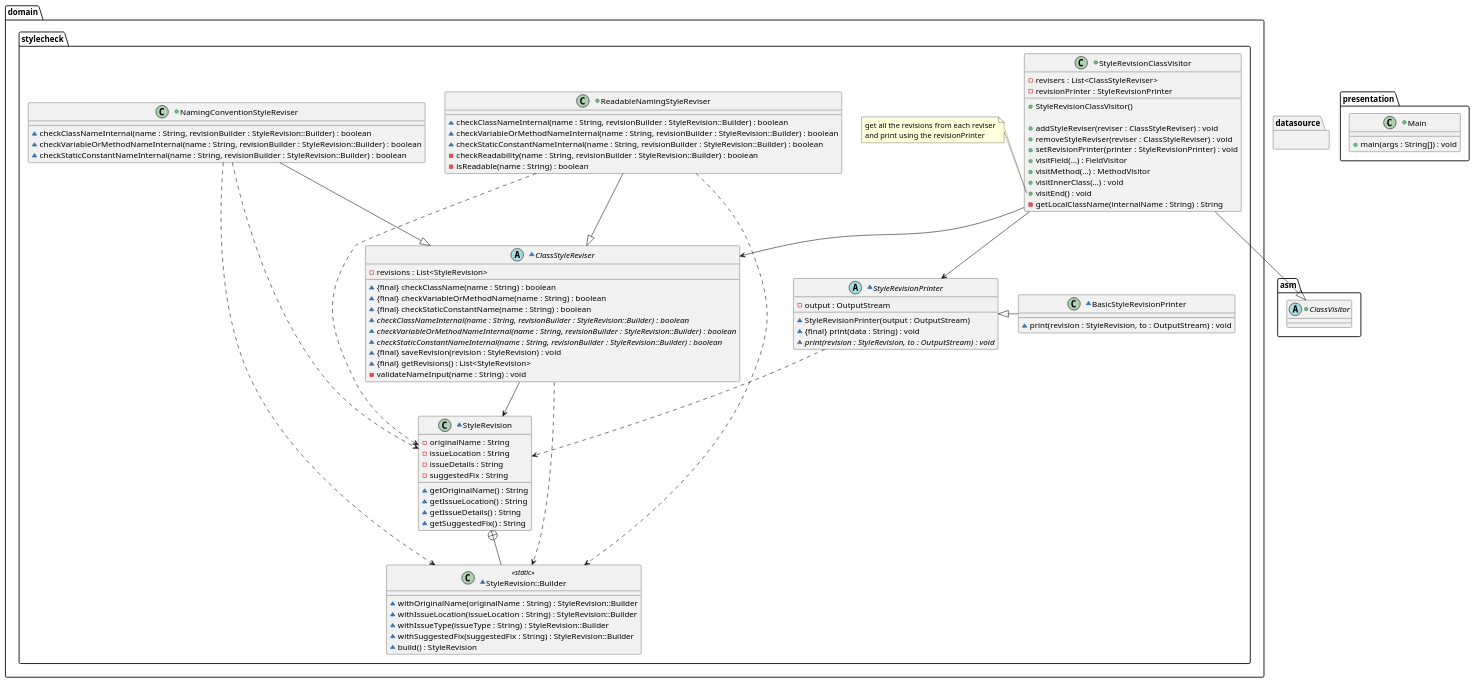
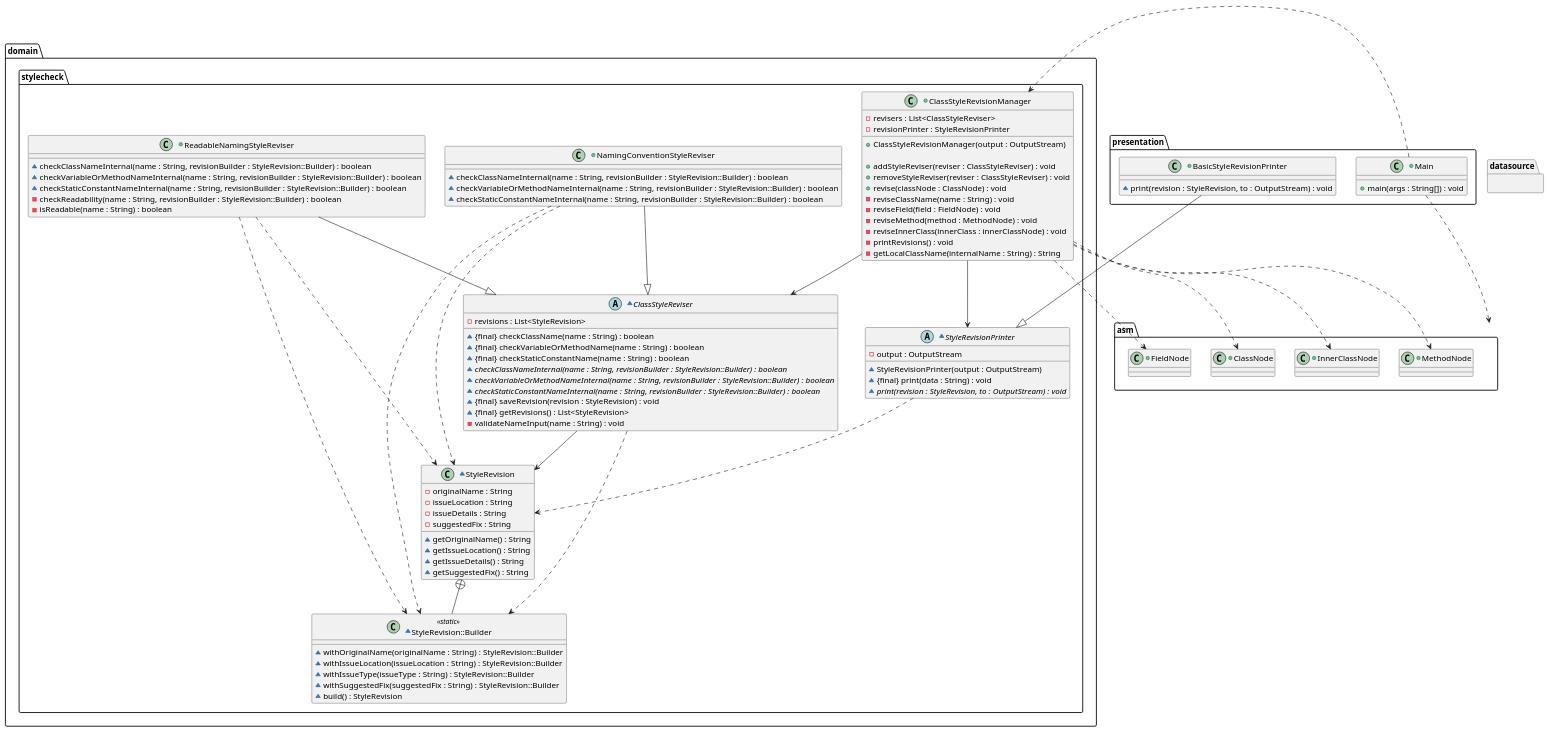
Before and after one commit to nu-cs-sw-design/project-20252601-xk-final: the diagram in docs/design/design.puml, drawn with PlantUML. The commit also changed 1 other file, not shown here.

Commit message:
Switched to using asm tree API for stylecheck, made method visiting functionality work Fixed and updated design diagram

```diff
--- a/docs/design/design.puml
+++ b/docs/design/design.puml
@@ -1,130 +1,145 @@
 @startuml
 package presentation
 {
     +class Main
     {
         +main(args : String[]) : void
     }
+
+    +class BasicStyleRevisionPrinter
+    {
+        ~print(revision : StyleRevision, to : OutputStream) : void
+    }
 }
 
 package domain
 {
     package stylecheck
     {
-        +class StyleRevisionClassVisitor
+        +class ClassStyleRevisionManager
         {
             -revisers : List<ClassStyleReviser>
             -revisionPrinter : StyleRevisionPrinter
 
-            +StyleRevisionClassVisitor()
+            +ClassStyleRevisionManager(output : OutputStream)
 
             +addStyleReviser(reviser : ClassStyleReviser) : void
             +removeStyleReviser(reviser : ClassStyleReviser) : void
-            +setRevisionPrinter(printer : StyleRevisionPrinter) : void
-            +visitField(…) : FieldVisitor
-            +visitMethod(…) : MethodVisitor
-            +visitInnerClass(…) : void
-            +visitEnd() : void
+            +revise(classNode : ClassNode) : void
+            -reviseClassName(name : String) : void
+            -reviseField(field : FieldNode) : void
+            -reviseMethod(method : MethodNode) : void
+            -reviseInnerClass(innerClass : innerClassNode) : void
+            -printRevisions() : void
             -getLocalClassName(internalName : String) : String
         }
-        note left of StyleRevisionClassVisitor::visitEnd
-          get all the revisions from each reviser
-          and print using the revisionPrinter
-        end note
 
         ~abstract class ClassStyleReviser
         {
             -revisions : List<StyleRevision>
 
             ~{final} checkClassName(name : String) : boolean
             ~{final} checkVariableOrMethodName(name : String) : boolean
             ~{final} checkStaticConstantName(name : String) : boolean
             ~{abstract} checkClassNameInternal(name : String, revisionBuilder : StyleRevision::Builder) : boolean
             ~{abstract} checkVariableOrMethodNameInternal(name : String, revisionBuilder : StyleRevision::Builder) : boolean
             ~{abstract} checkStaticConstantNameInternal(name : String, revisionBuilder : StyleRevision::Builder) : boolean
             ~{final} saveRevision(revision : StyleRevision) : void
             ~{final} getRevisions() : List<StyleRevision>
             -validateNameInput(name : String) : void
         }
 
         +class NamingConventionStyleReviser
         {
             ~checkClassNameInternal(name : String, revisionBuilder : StyleRevision::Builder) : boolean
             ~checkVariableOrMethodNameInternal(name : String, revisionBuilder : StyleRevision::Builder) : boolean
             ~checkStaticConstantNameInternal(name : String, revisionBuilder : StyleRevision::Builder) : boolean
         }
 
         +class ReadableNamingStyleReviser
         {
             ~checkClassNameInternal(name : String, revisionBuilder : StyleRevision::Builder) : boolean
             ~checkVariableOrMethodNameInternal(name : String, revisionBuilder : StyleRevision::Builder) : boolean
             ~checkStaticConstantNameInternal(name : String, revisionBuilder : StyleRevision::Builder) : boolean
             -checkReadability(name : String, revisionBuilder : StyleRevision::Builder) : boolean
             -isReadable(name : String) : boolean
         }
 
         ~class StyleRevision
         {
             -originalName : String
             -issueLocation : String
             -issueDetails : String
             -suggestedFix : String
 
             ~getOriginalName() : String
             ~getIssueLocation() : String
             ~getIssueDetails() : String
             ~getSuggestedFix() : String
         }
 
         ~class StyleRevision::Builder <<static>>
         {
             ~withOriginalName(originalName : String) : StyleRevision::Builder
             ~withIssueLocation(issueLocation : String) : StyleRevision::Builder
             ~withIssueType(issueType : String) : StyleRevision::Builder
             ~withSuggestedFix(suggestedFix : String) : StyleRevision::Builder
             ~build() : StyleRevision
         }
 
         ~abstract class StyleRevisionPrinter
         {
             -output : OutputStream
 
             ~StyleRevisionPrinter(output : OutputStream)
             ~{final} print(data : String) : void
             ~{abstract} print(revision : StyleRevision, to : OutputStream) : void
         }
-
-        ~class BasicStyleRevisionPrinter
-        {
-            ~print(revision : StyleRevision, to : OutputStream) : void
-        }
     }
 }
 
 package datasource
 {
 
 }
 
 package asm
 {
-    +abstract class ClassVisitor
+    +class ClassNode
+    {
+    }
+
+    +class FieldNode
+    {
+    }
+
+    +class MethodNode
+    {
+    }
+
+    +class InnerClassNode
     {
     }
 }
 
-StyleRevisionClassVisitor --|> ClassVisitor
-StyleRevisionClassVisitor --> ClassStyleReviser
-StyleRevisionClassVisitor --> StyleRevisionPrinter
+Main ..> ClassStyleRevisionManager
+Main ..> asm
+
+ClassStyleRevisionManager --> ClassStyleReviser
+ClassStyleRevisionManager --> StyleRevisionPrinter
+ClassStyleRevisionManager ..> ClassNode
+ClassStyleRevisionManager ..> FieldNode
+ClassStyleRevisionManager ..> MethodNode
+ClassStyleRevisionManager ..> InnerClassNode
 NamingConventionStyleReviser --|> ClassStyleReviser
 ReadableNamingStyleReviser --|> ClassStyleReviser
 StyleRevision +-- StyleRevision::Builder
 ClassStyleReviser --> StyleRevision
 NamingConventionStyleReviser ..> StyleRevision
 ReadableNamingStyleReviser ..> StyleRevision
 ClassStyleReviser ..> StyleRevision::Builder
 NamingConventionStyleReviser ..> StyleRevision::Builder
 ReadableNamingStyleReviser ..> StyleRevision::Builder
 StyleRevisionPrinter ..> StyleRevision
 BasicStyleRevisionPrinter -l-|> StyleRevisionPrinter
 @enduml
```
